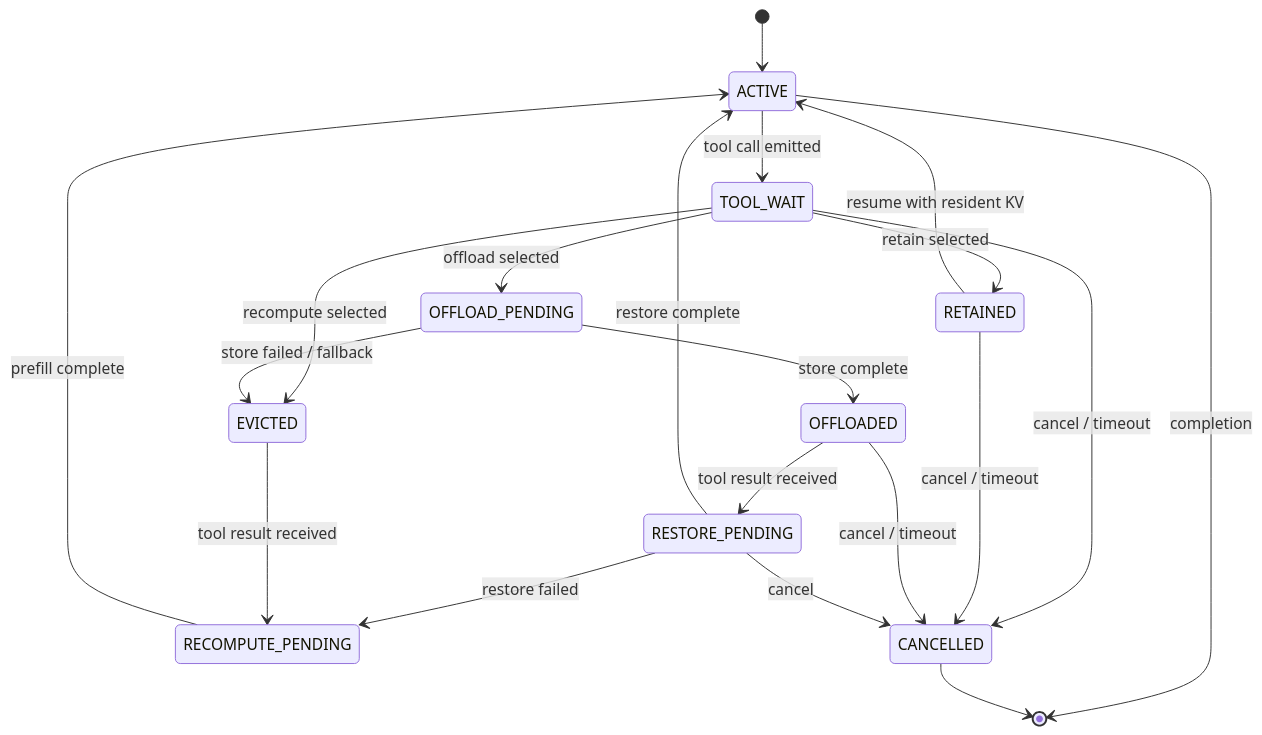
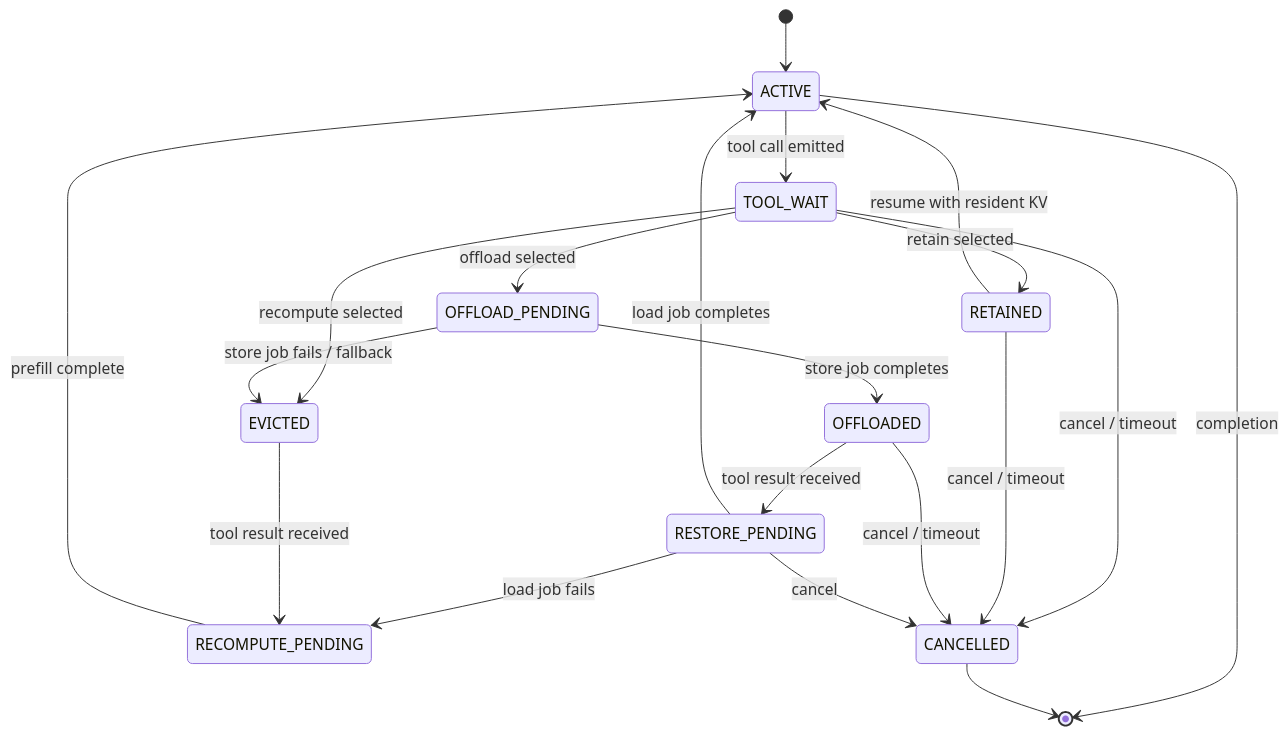
Before and after one commit to icebeeeeeeeef/Toolgap-Kv: the second of 2 diagrams in docs/agent-kv/ARCHITECTURE.md, drawn with Mermaid. The commit also changed other lines of this file and 28 other files, not shown here.

````diff
--- a/docs/agent-kv/ARCHITECTURE.md
+++ b/docs/agent-kv/ARCHITECTURE.md
@@ -170,22 +201,22 @@
 ```mermaid
 stateDiagram-v2
     [*] --> ACTIVE
     ACTIVE --> TOOL_WAIT: tool call emitted
     TOOL_WAIT --> RETAINED: retain selected
     TOOL_WAIT --> OFFLOAD_PENDING: offload selected
     TOOL_WAIT --> EVICTED: recompute selected
-    OFFLOAD_PENDING --> OFFLOADED: store complete
-    OFFLOAD_PENDING --> EVICTED: store failed / fallback
+    OFFLOAD_PENDING --> OFFLOADED: store job completes
+    OFFLOAD_PENDING --> EVICTED: store job fails / fallback
     RETAINED --> ACTIVE: resume with resident KV
     OFFLOADED --> RESTORE_PENDING: tool result received
-    RESTORE_PENDING --> ACTIVE: restore complete
-    RESTORE_PENDING --> RECOMPUTE_PENDING: restore failed
+    RESTORE_PENDING --> ACTIVE: load job completes
+    RESTORE_PENDING --> RECOMPUTE_PENDING: load job fails
     EVICTED --> RECOMPUTE_PENDING: tool result received
     RECOMPUTE_PENDING --> ACTIVE: prefill complete
     TOOL_WAIT --> CANCELLED: cancel / timeout
     RETAINED --> CANCELLED: cancel / timeout
     OFFLOADED --> CANCELLED: cancel / timeout
     RESTORE_PENDING --> CANCELLED: cancel
     ACTIVE --> [*]: completion
     CANCELLED --> [*]
 ```
````
